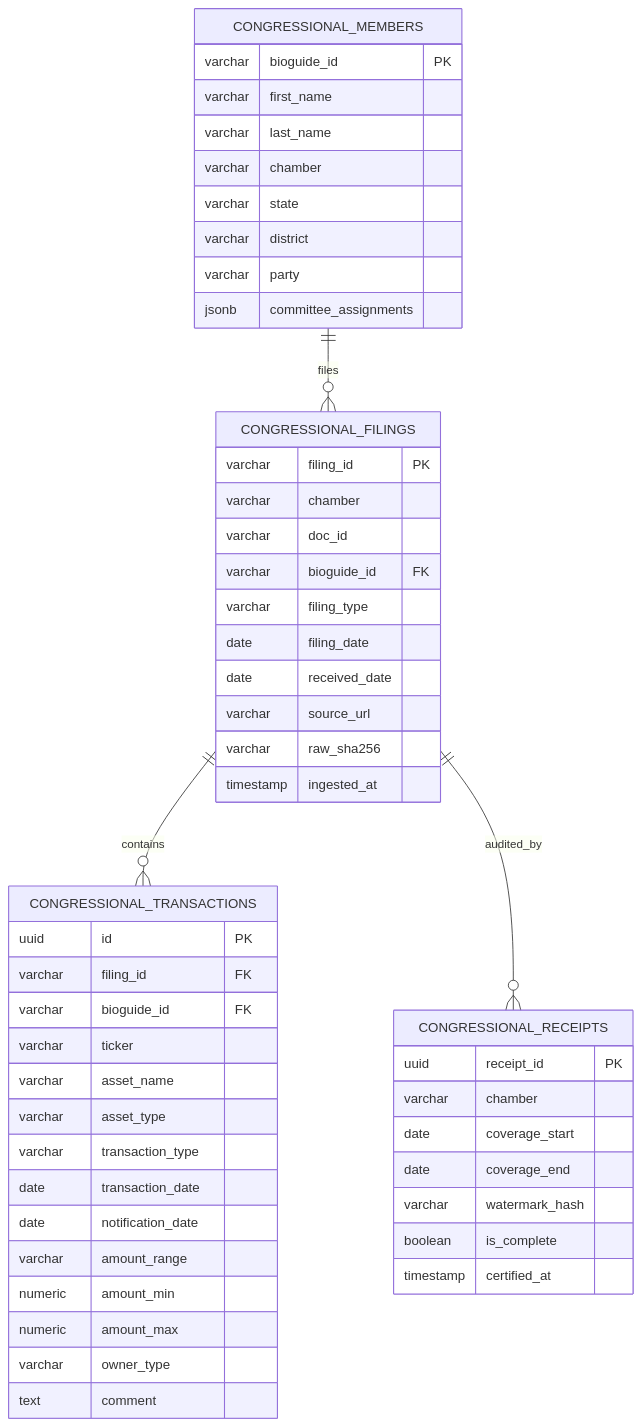
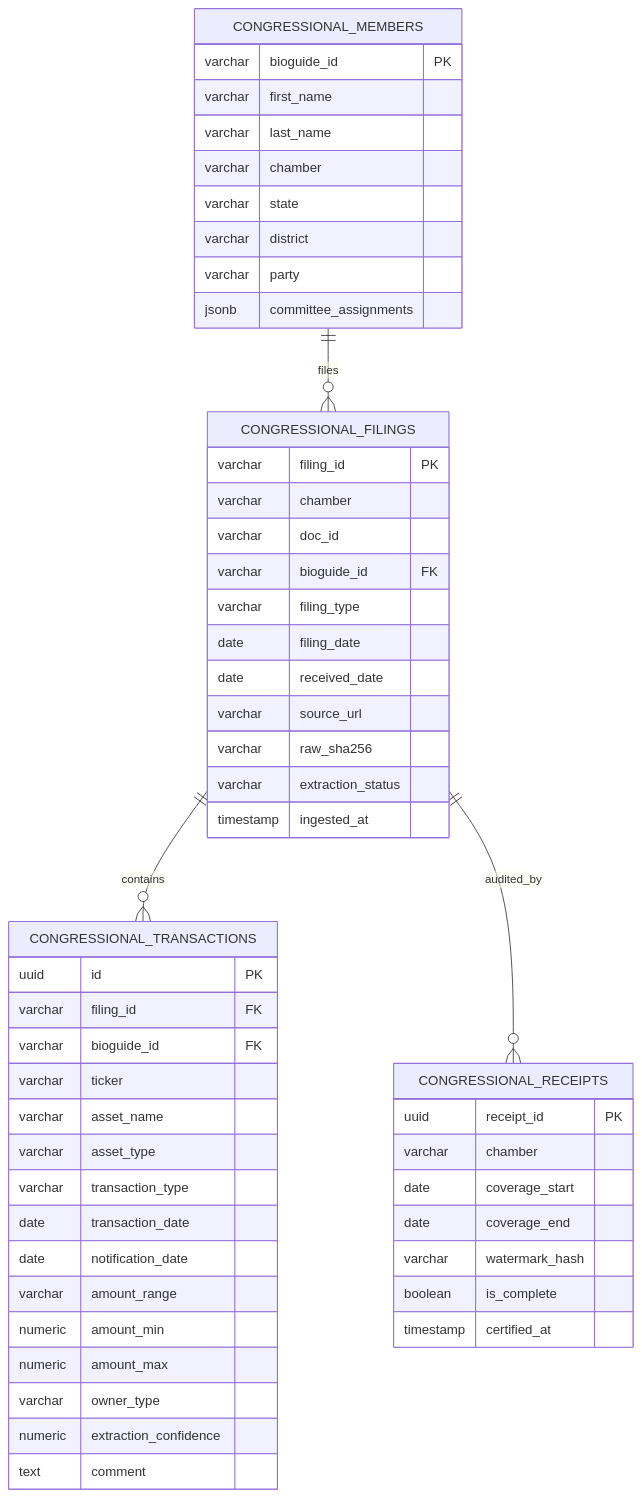
The third of 4 diagrams in docs/planning/ARX_CONGRESSIONAL_INGESTION_INVENTORY_2026_11_22.md (daakara/finance), drawn with Mermaid before and after one commit. The commit also changed other lines of this file, not shown here.

````diff
--- a/docs/planning/ARX_CONGRESSIONAL_INGESTION_INVENTORY_2026_11_22.md
+++ b/docs/planning/ARX_CONGRESSIONAL_INGESTION_INVENTORY_2026_11_22.md
@@ -231,57 +245,59 @@
 ```mermaid
 erDiagram
     CONGRESSIONAL_MEMBERS ||--o{ CONGRESSIONAL_FILINGS : files
     CONGRESSIONAL_FILINGS ||--o{ CONGRESSIONAL_TRANSACTIONS : contains
     CONGRESSIONAL_FILINGS ||--o{ CONGRESSIONAL_RECEIPTS : audited_by
 
     CONGRESSIONAL_MEMBERS {
         varchar bioguide_id PK
         varchar first_name
         varchar last_name
         varchar chamber
         varchar state
         varchar district
         varchar party
         jsonb committee_assignments
     }
 
     CONGRESSIONAL_FILINGS {
         varchar filing_id PK
         varchar chamber
         varchar doc_id
         varchar bioguide_id FK
         varchar filing_type
         date filing_date
         date received_date
         varchar source_url
         varchar raw_sha256
+        varchar extraction_status
         timestamp ingested_at
     }
 
     CONGRESSIONAL_TRANSACTIONS {
         uuid id PK
         varchar filing_id FK
         varchar bioguide_id FK
         varchar ticker
         varchar asset_name
         varchar asset_type
         varchar transaction_type
         date transaction_date
         date notification_date
         varchar amount_range
         numeric amount_min
         numeric amount_max
         varchar owner_type
+        numeric extraction_confidence
         text comment
     }
 
     CONGRESSIONAL_RECEIPTS {
         uuid receipt_id PK
         varchar chamber
         date coverage_start
         date coverage_end
         varchar watermark_hash
         boolean is_complete
         timestamp certified_at
     }
 ```
````
